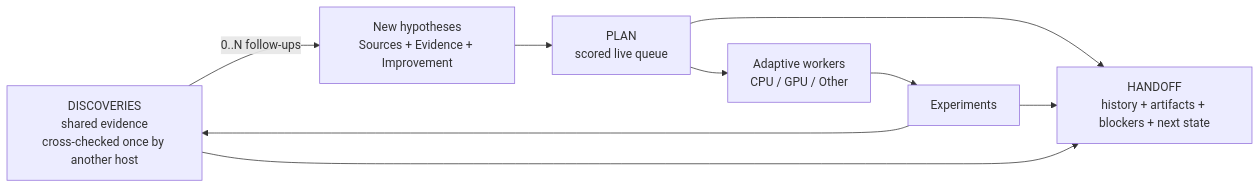
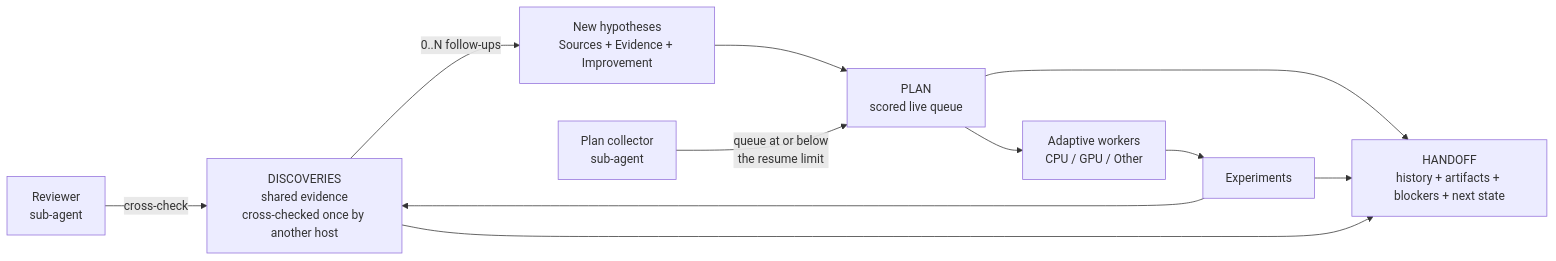
Before and after one commit to TaeyanG4/research-orchestrator-skill: the first of 3 diagrams in README.md, drawn with Mermaid. The commit also changed other lines of this file and 19 other files, not shown here.

````diff
--- a/README.md
+++ b/README.md
@@ -29,15 +29,17 @@
 ```mermaid
 flowchart LR
     D[DISCOVERIES<br/>shared evidence<br/>cross-checked once by another host]
     H[New hypotheses<br/>Sources + Evidence + Improvement]
     P[PLAN<br/>scored live queue]
     W[Adaptive workers<br/>CPU / GPU / Other]
     E[Experiments]
     O[HANDOFF<br/>history + artifacts + blockers + next state]
 
     D -->|0..N follow-ups| H
     H --> P --> W --> E --> D
+    C["Plan collector<br/>sub-agent"] -->|"queue at or below<br/>the resume limit"| P
+    R["Reviewer<br/>sub-agent"] -->|cross-check| D
     P --> O
     E --> O
     D --> O
 ```
````
